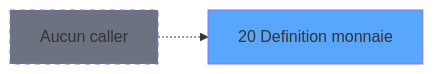
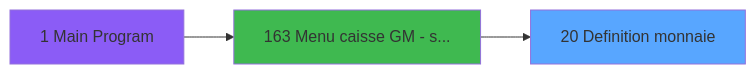
Before and after one commit to thonyAGP/lecteur-magic: the second of 3 diagrams in .openspec/specs/ADH-IDE-20.md, drawn with Mermaid. The commit also changed other lines of this file and 493 other files, not shown here.

````diff
--- a/.openspec/specs/ADH-IDE-20.md
+++ b/.openspec/specs/ADH-IDE-20.md
@@ -133,8 +132,11 @@
 ```mermaid
 graph LR
     T20[20 Definition monnaie]
     style T20 fill:#58a6ff
-    NONE[Aucun caller]
-    NONE -.-> T20
-    style NONE fill:#6b7280,stroke-dasharray: 5 5
+    CC1[1 Main Program]
+    style CC1 fill:#8b5cf6
+    CC163[163 Menu caisse GM - s...]
+    style CC163 fill:#3fb950
+    CC1 --> CC163
+    CC163 --> T20
 ```
````
